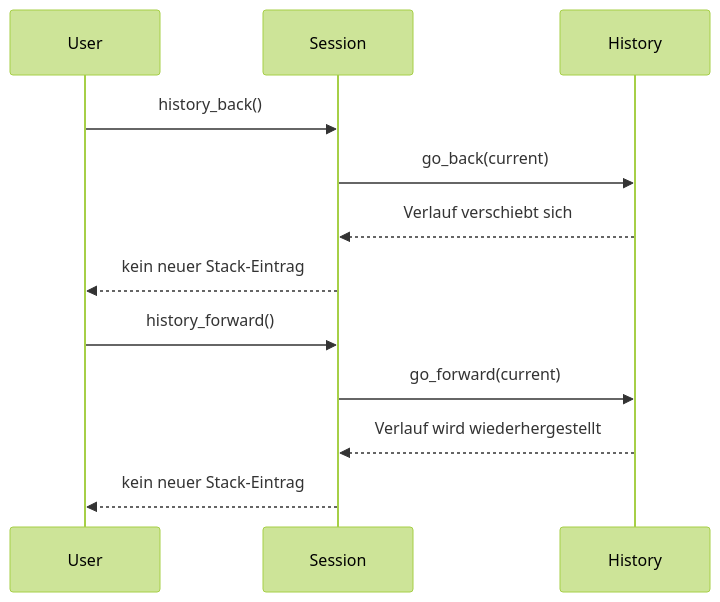
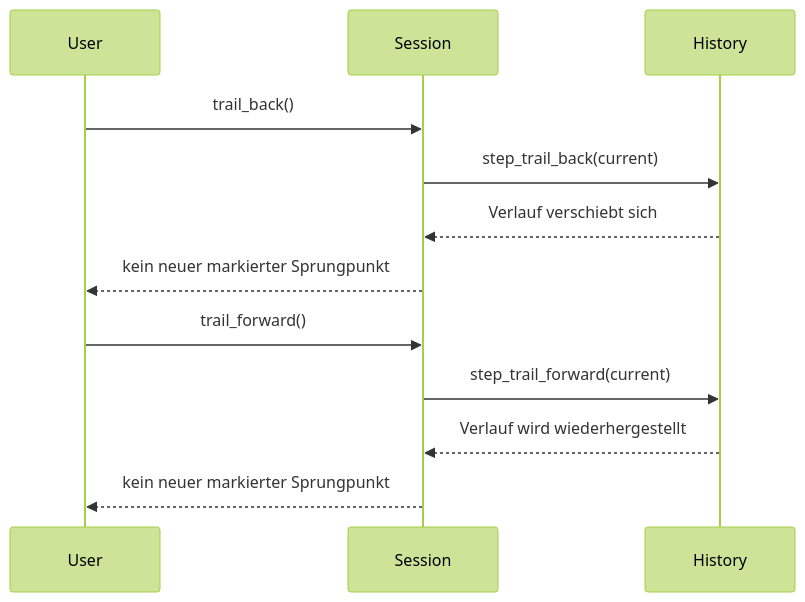
Before and after one commit to tedeler/pdfpc_qt6: the fifth of 8 diagrams in docs/nav-history-visualization.md, drawn with Mermaid (forest theme). The commit also changed other lines of this file and 1 other file, not shown here.

````diff
--- a/docs/nav-history-visualization.md
+++ b/docs/nav-history-visualization.md
@@ -231,16 +231,16 @@
 ```mermaid
 sequenceDiagram
     participant User
     participant Session
     participant History
 
-    User->>Session: history_back()
-    Session->>History: go_back(current)
+    User->>Session: trail_back()
+    Session->>History: step_trail_back(current)
     History-->>Session: Verlauf verschiebt sich
-    Session-->>User: kein neuer Stack-Eintrag
+    Session-->>User: kein neuer markierter Sprungpunkt
 
-    User->>Session: history_forward()
-    Session->>History: go_forward(current)
+    User->>Session: trail_forward()
+    Session->>History: step_trail_forward(current)
     History-->>Session: Verlauf wird wiederhergestellt
-    Session-->>User: kein neuer Stack-Eintrag
+    Session-->>User: kein neuer markierter Sprungpunkt
 ```
````
